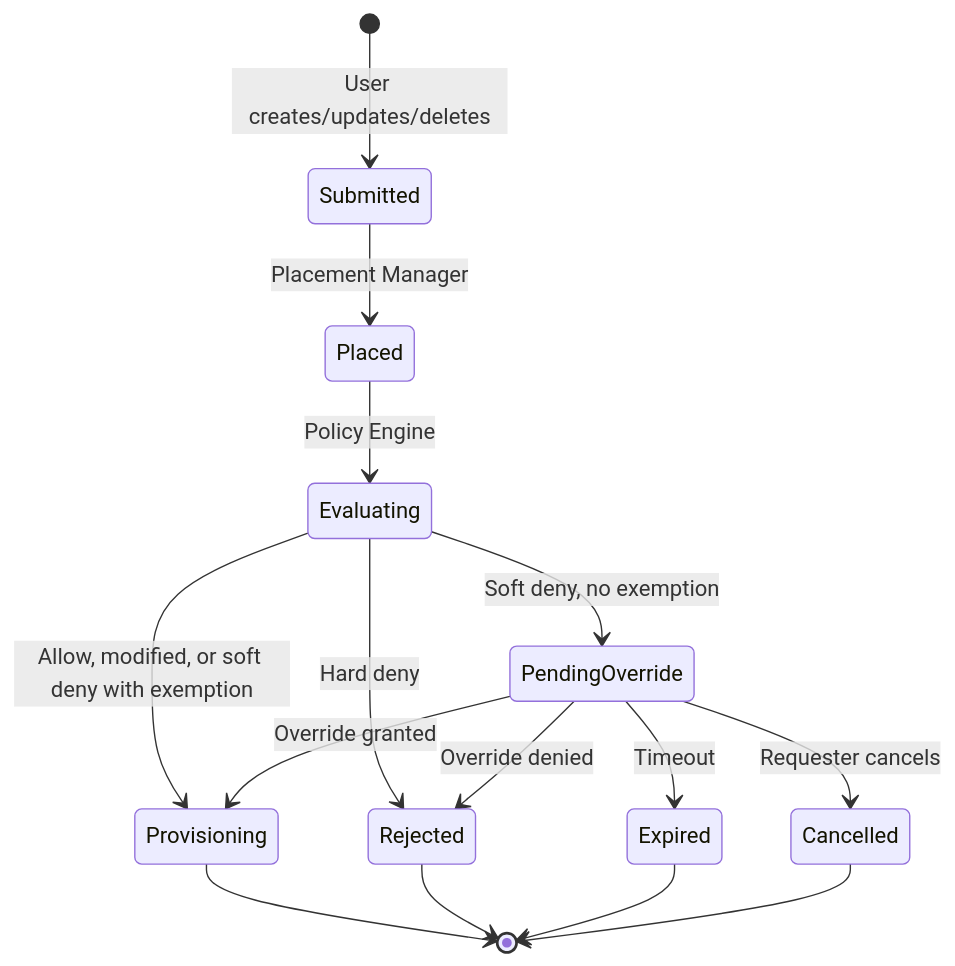
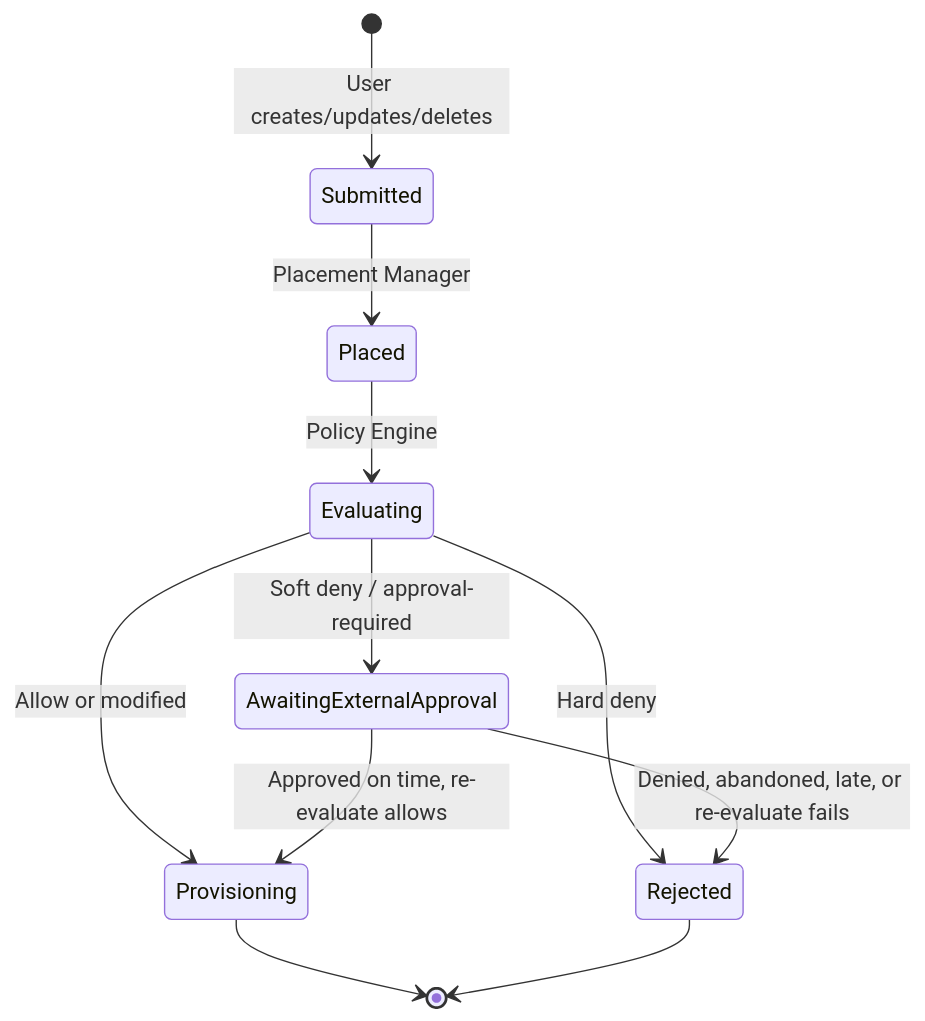
One commit to dcm-project/enhancements changed the diagram in enhancements/request-approval/use-cases.md. Above: the diagram before and after it, drawn with Mermaid. The commit also changed other lines of this file and 2 other files, not shown here.

First line of the commit message:
Rewrite request-approval around Rego soft deny and tickets.

````diff
--- a/enhancements/request-approval/use-cases.md
+++ b/enhancements/request-approval/use-cases.md
@@ -23,17 +20,13 @@
 ```mermaid
 stateDiagram-v2
     [*] --> Submitted: User creates/updates/deletes
     Submitted --> Placed: Placement Manager
     Placed --> Evaluating: Policy Engine
-    Evaluating --> Provisioning: Allow, modified, or soft deny with exemption
+    Evaluating --> Provisioning: Allow or modified
     Evaluating --> Rejected: Hard deny
-    Evaluating --> PendingOverride: Soft deny, no exemption
-    PendingOverride --> Provisioning: Override granted
-    PendingOverride --> Rejected: Override denied
-    PendingOverride --> Expired: Timeout
-    PendingOverride --> Cancelled: Requester cancels
+    Evaluating --> AwaitingExternalApproval: Soft deny / approval-required
+    AwaitingExternalApproval --> Provisioning: Approved on time, re-evaluate allows
+    AwaitingExternalApproval --> Rejected: Denied, abandoned, late, or re-evaluate fails
     Provisioning --> [*]
     Rejected --> [*]
-    Expired --> [*]
-    Cancelled --> [*]
 ```
````
